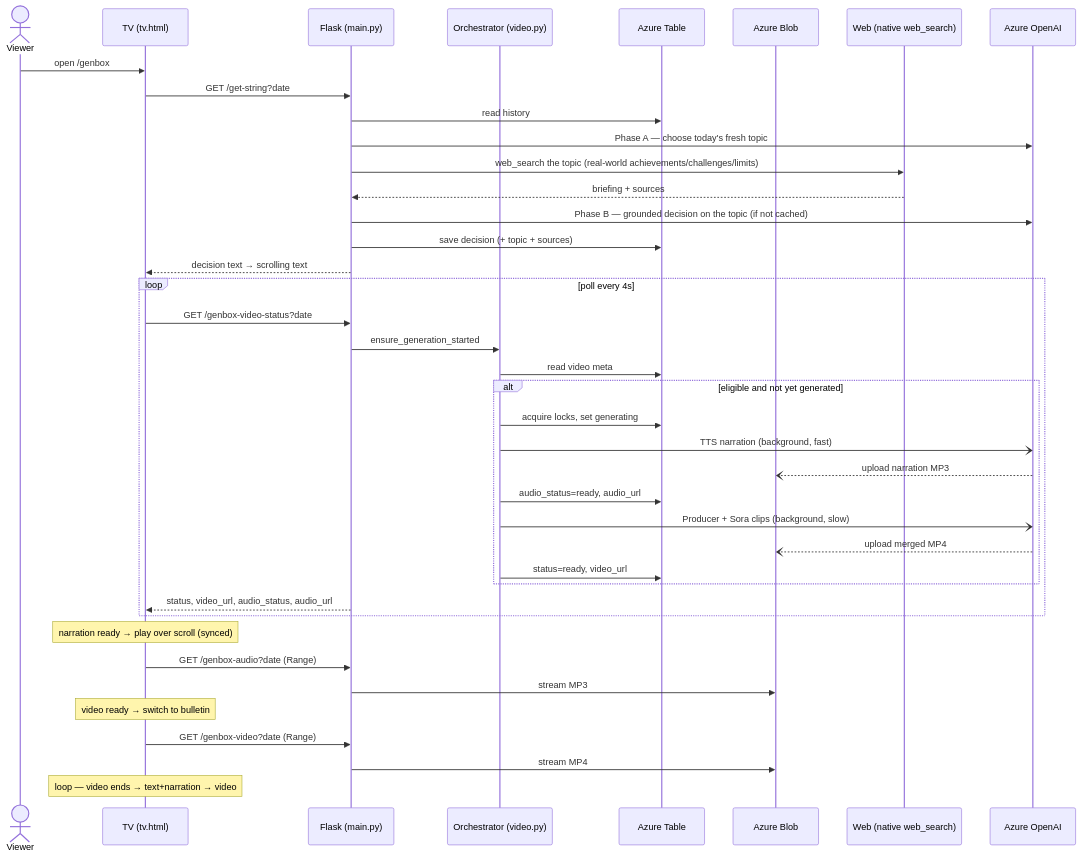
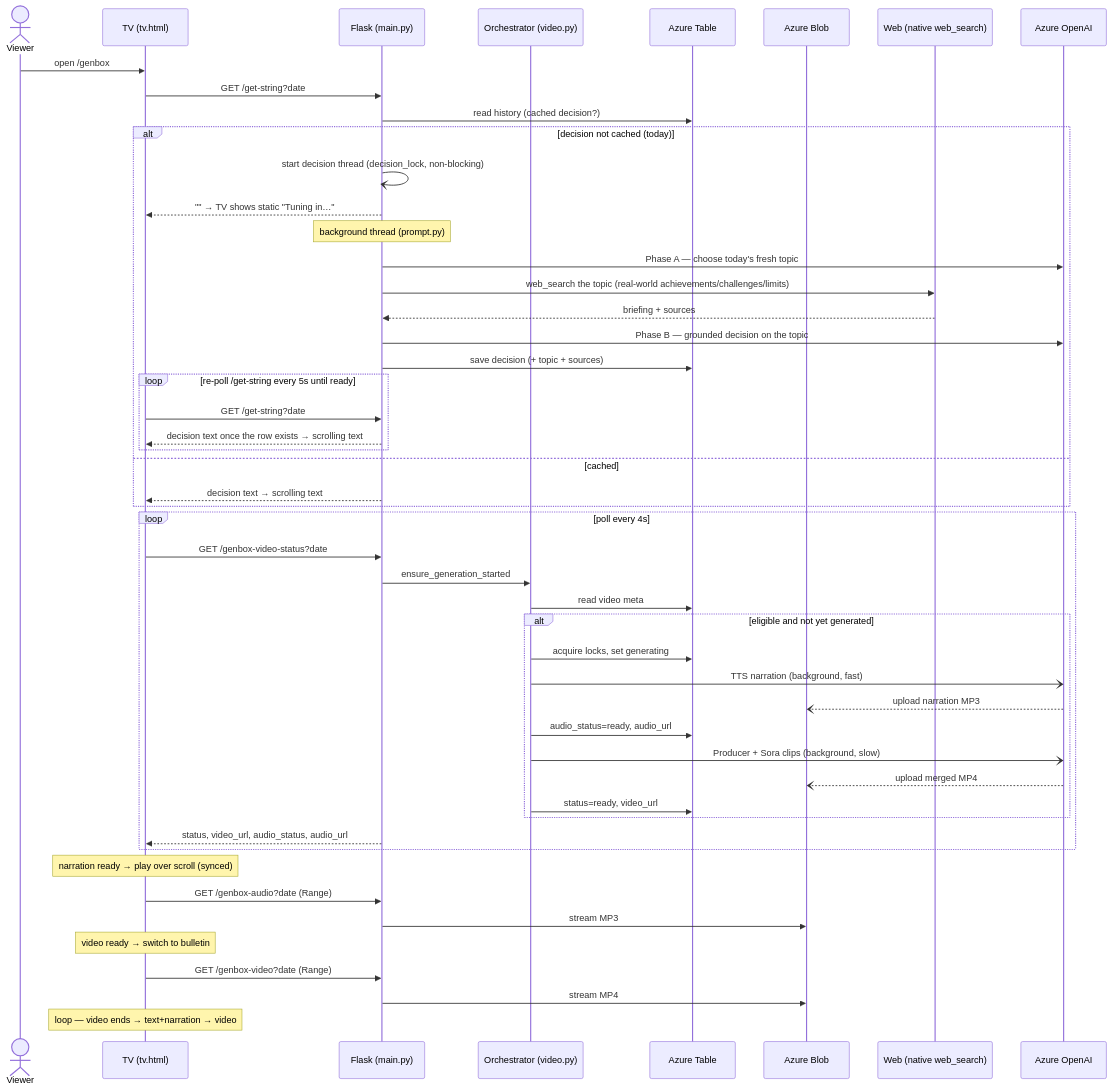
The second of 3 diagrams in GenBox/architecture.md (abozaralizadeh/SandBox), drawn with Mermaid before and after one commit. The commit also changed other lines of this file and 4 other files, not shown here.

First line of the commit message:
Make daily decision generation non-blocking

````diff
--- a/GenBox/architecture.md
+++ b/GenBox/architecture.md
@@ -123,45 +123,55 @@
 ```mermaid
 sequenceDiagram
     actor U as Viewer
     participant TV as TV (tv.html)
     participant API as Flask (main.py)
     participant GEN as Orchestrator (video.py)
     participant T as Azure Table
     participant B as Azure Blob
     participant WEB as Web (native web_search)
     participant AOAI as Azure OpenAI
 
     U->>TV: open /genbox
     TV->>API: GET /get-string?date
-    API->>T: read history
-    API->>AOAI: Phase A — choose today's fresh topic
-    API->>WEB: web_search the topic (real-world achievements/challenges/limits)
-    WEB-->>API: briefing + sources
-    API->>AOAI: Phase B — grounded decision on the topic (if not cached)
-    API->>T: save decision (+ topic + sources)
-    API-->>TV: decision text → scrolling text
+    API->>T: read history (cached decision?)
+    alt decision not cached (today)
+        API-)API: start decision thread (decision_lock, non-blocking)
+        API-->>TV: "" → TV shows static "Tuning in…"
+        Note over API: background thread (prompt.py)
+        API->>AOAI: Phase A — choose today's fresh topic
+        API->>WEB: web_search the topic (real-world achievements/challenges/limits)
+        WEB-->>API: briefing + sources
+        API->>AOAI: Phase B — grounded decision on the topic
+        API->>T: save decision (+ topic + sources)
+        loop re-poll /get-string every 5s until ready
+            TV->>API: GET /get-string?date
+            API-->>TV: decision text once the row exists → scrolling text
+        end
+    else cached
+        API-->>TV: decision text → scrolling text
+    end
 
     loop poll every 4s
         TV->>API: GET /genbox-video-status?date
         API->>GEN: ensure_generation_started
         GEN->>T: read video meta
         alt eligible and not yet generated
             GEN->>T: acquire locks, set generating
             GEN-)AOAI: TTS narration (background, fast)
             AOAI--)B: upload narration MP3
             GEN->>T: audio_status=ready, audio_url
             GEN-)AOAI: Producer + Sora clips (background, slow)
             AOAI--)B: upload merged MP4
             GEN->>T: status=ready, video_url
         end
         API-->>TV: status, video_url, audio_status, audio_url
     end
 
     Note over TV: narration ready → play over scroll (synced)
     TV->>API: GET /genbox-audio?date (Range)
     API->>B: stream MP3
     Note over TV: video ready → switch to bulletin
     TV->>API: GET /genbox-video?date (Range)
     API->>B: stream MP4
     Note over TV: loop — video ends → text+narration → video
 ```
````
